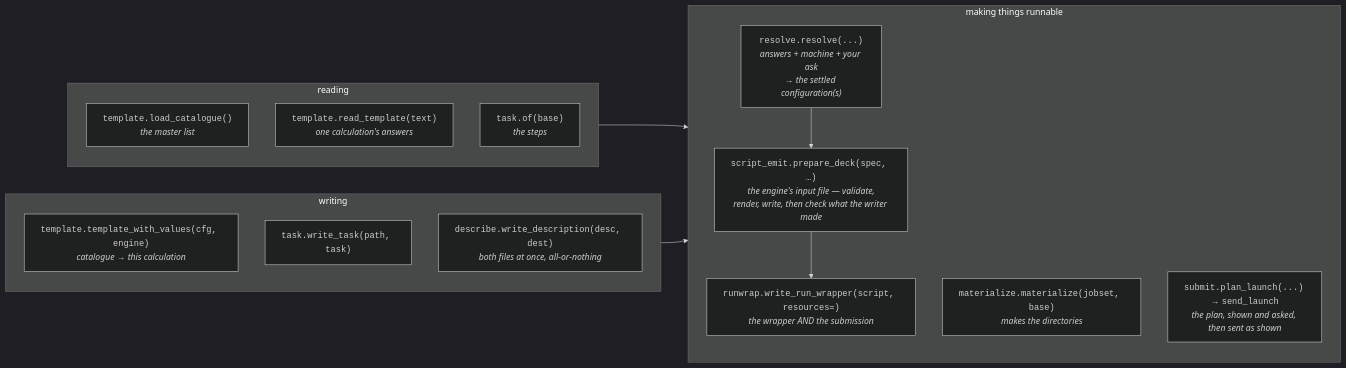
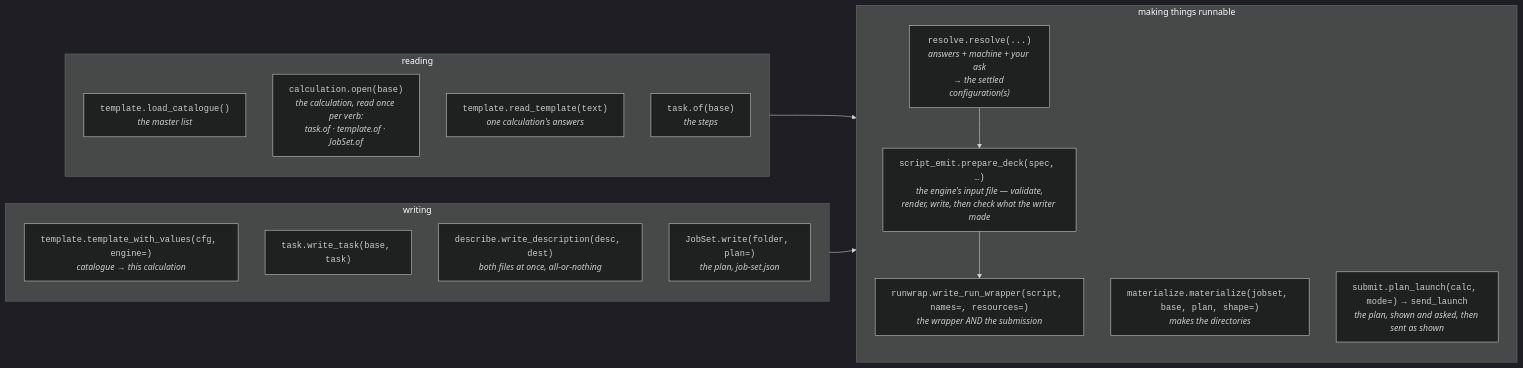
One commit to Qing-LAB/molbuilder changed the second of 4 diagrams in docs/workflow.md. Above: the diagram before and after it, drawn with Mermaid (dark theme). The commit also changed other lines of this file and 54 other files, not shown here.

````diff
--- a/docs/workflow.md
+++ b/docs/workflow.md
@@ -216,23 +224,25 @@
 ```mermaid
 flowchart LR
     subgraph READ["reading"]
       A["<code>template.load_catalogue()</code><br/><i>the master list</i>"]
+      O["<code>calculation.open(base)</code><br/><i>the calculation, read once per verb:<br/>task.of · template.of · JobSet.of</i>"]
       B["<code>template.read_template(text)</code><br/><i>one calculation's answers</i>"]
       C["<code>task.of(base)</code><br/><i>the steps</i>"]
     end
     subgraph WRITE["writing"]
-      D["<code>template.template_with_values(cfg, engine)</code><br/><i>catalogue → this calculation</i>"]
-      E["<code>task.write_task(path, task)</code>"]
+      D["<code>template.template_with_values(cfg, engine=)</code><br/><i>catalogue → this calculation</i>"]
+      E["<code>task.write_task(base, task)</code>"]
       F["<code>describe.write_description(desc, dest)</code><br/><i>both files at once, all-or-nothing</i>"]
+      L["<code>JobSet.write(folder, plan=)</code><br/><i>the plan, job-set.json</i>"]
     end
     subgraph MAKE["making things runnable"]
       G["<code>resolve.resolve(...)</code><br/><i>answers + machine + your ask<br/>→ the settled configuration(s)</i>"]
       K["<code>script_emit.prepare_deck(spec, …)</code><br/><i>the engine's input file — validate,<br/>render, write, then check what the writer made</i>"]
-      H["<code>runwrap.write_run_wrapper(script, resources=)</code><br/><i>the wrapper AND the submission</i>"]
-      I["<code>materialize.materialize(jobset, base)</code><br/><i>makes the directories</i>"]
-      J["<code>submit.plan_launch(...)</code> → <code>send_launch</code><br/><i>the plan, shown and asked, then sent as shown</i>"]
+      H["<code>runwrap.write_run_wrapper(script, names=, resources=)</code><br/><i>the wrapper AND the submission</i>"]
+      I["<code>materialize.materialize(jobset, base, plan, shape=)</code><br/><i>makes the directories</i>"]
+      J["<code>submit.plan_launch(calc, mode=)</code> → <code>send_launch</code><br/><i>the plan, shown and asked, then sent as shown</i>"]
     end
     READ --> MAKE
     WRITE --> MAKE
     G --> K --> H
 ```
````
